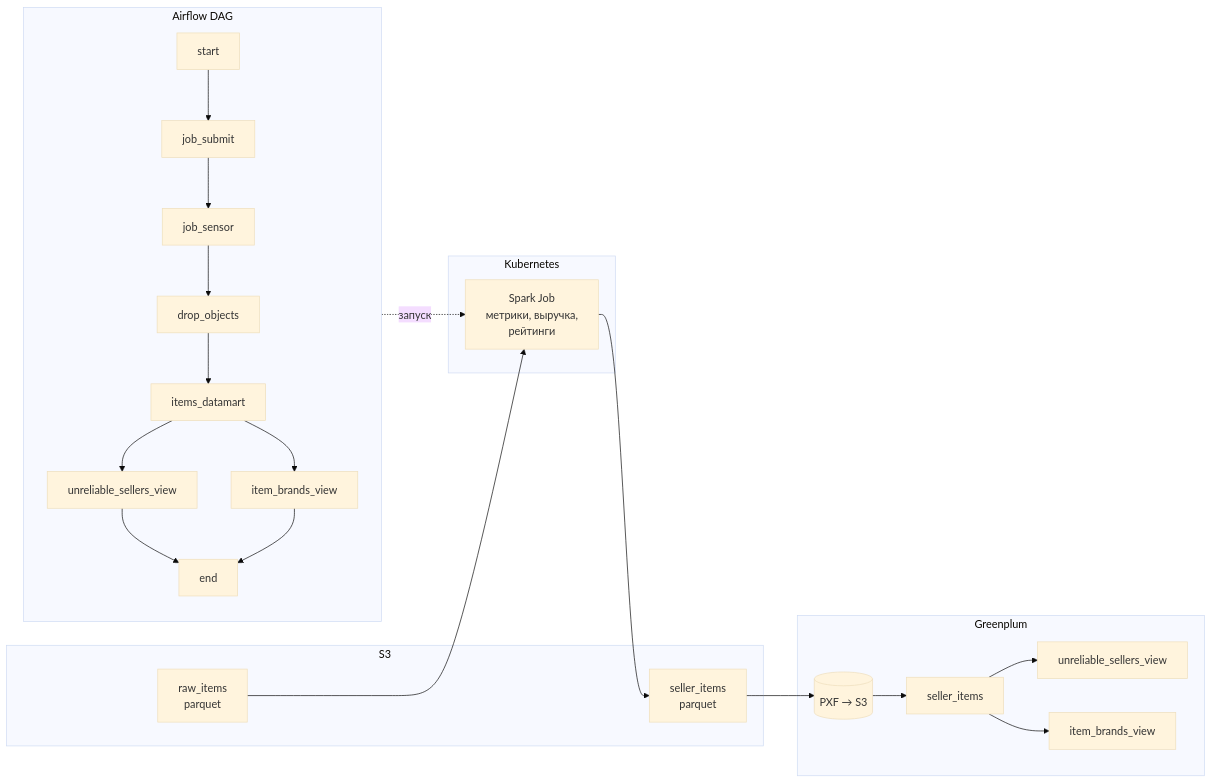
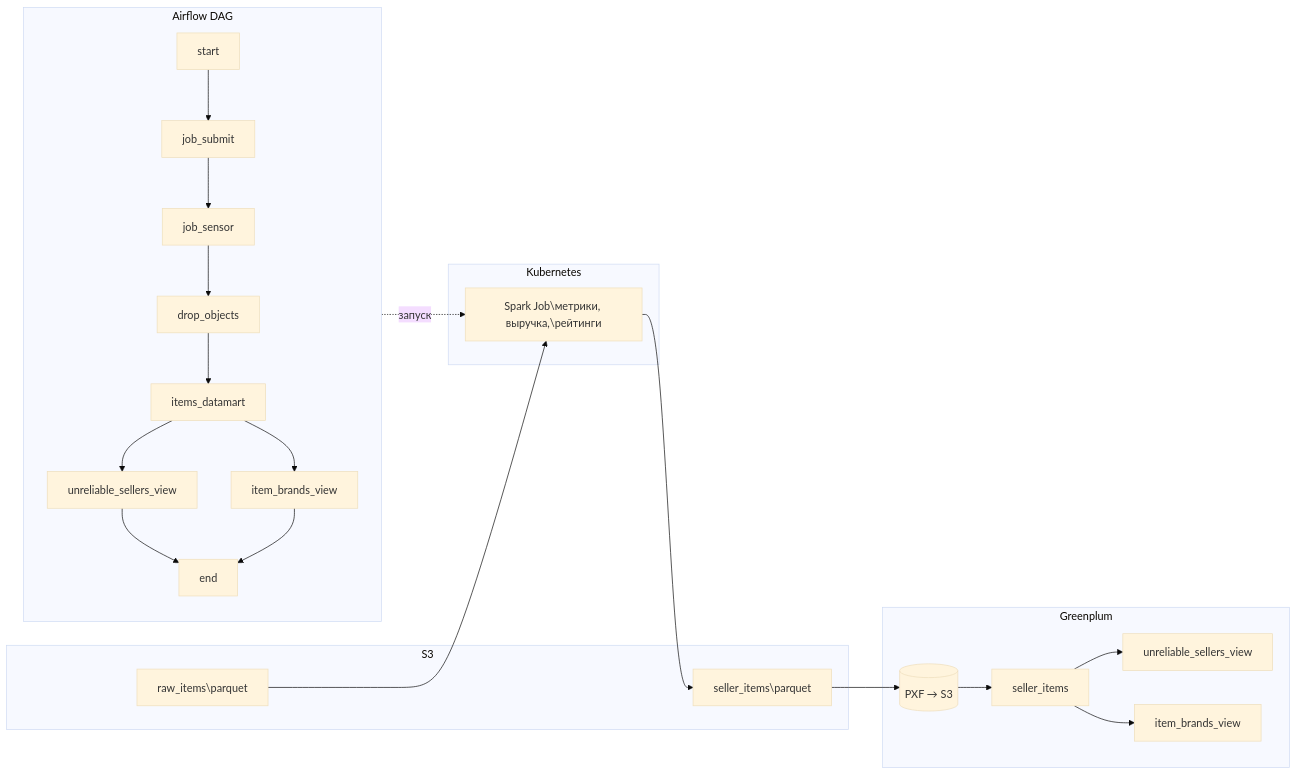
The diagram in README.md (Waterline98/Marketplace-Items-Sellers-Analytics), drawn with Mermaid (base theme) before and after one commit.

Commit message:
Fix (README.md). Fixed descriptions

````diff
--- a/README.md
+++ b/README.md
@@ -7,36 +7,36 @@
 ```mermaid
 flowchart LR
   subgraph S3["S3"]
-    RAW[raw_items\nparquet]
-    OUT[seller_items\nparquet]
+    RAW[raw_items\parquet]
+    OUT[seller_items\parquet]
   end
 
   subgraph K8s["Kubernetes"]
-    SPARK[Spark Job\nметрики, выручка,\nрейтинги]
+    SPARK[Spark Job\метрики, выручка,\рейтинги]
   end
 
   subgraph AF["Airflow DAG"]
     direction TB
     A[start] --> B[job_submit]
     B --> C[job_sensor]
     C --> D[drop_objects]
     D --> E[items_datamart]
     E --> F[unreliable_sellers_view]
     E --> G[item_brands_view]
     F --> H[end]
     G --> H
   end
 
   subgraph GP["Greenplum"]
     PXF[(PXF → S3)]
     V1[seller_items]
     V2[unreliable_sellers_view]
     V3[item_brands_view]
   end
 
   RAW --> SPARK --> OUT
   AF -.->|запуск| SPARK
   OUT --> PXF --> V1
   V1 --> V2
   V1 --> V3
 ```
````
